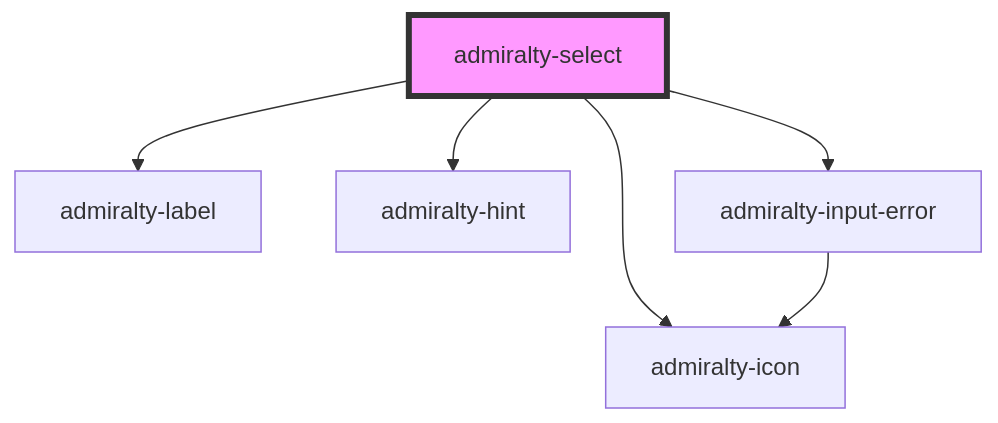
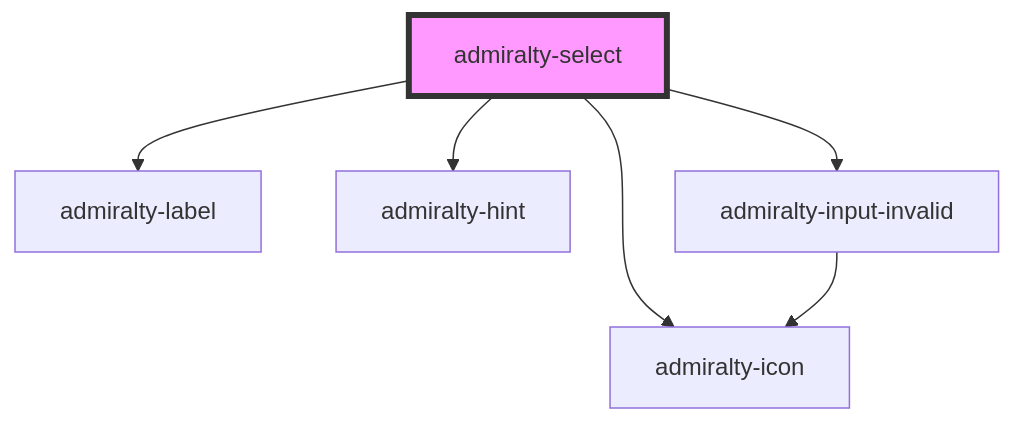
The diagram in packages/core/src/components/select/readme.md (UKHO/admiralty-design-system), drawn with Mermaid before and after one commit. The commit also changed other lines of this file and 26 other files, not shown here.

Commit message:
Rename admiralty-input-error to admiralty-input-invalid

````diff
--- a/packages/core/src/components/select/readme.md
+++ b/packages/core/src/components/select/readme.md
@@ -39,9 +37,9 @@
 ```mermaid
 graph TD;
   admiralty-select --> admiralty-label
   admiralty-select --> admiralty-hint
   admiralty-select --> admiralty-icon
-  admiralty-select --> admiralty-input-error
-  admiralty-input-error --> admiralty-icon
+  admiralty-select --> admiralty-input-invalid
+  admiralty-input-invalid --> admiralty-icon
   style admiralty-select fill:#f9f,stroke:#333,stroke-width:4px
 ```
````
